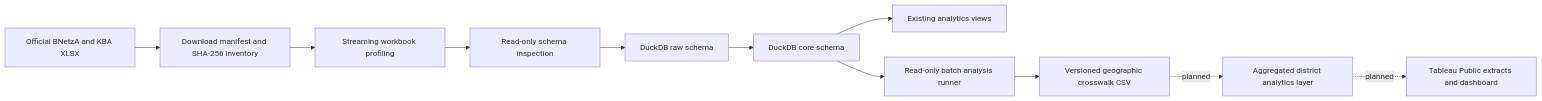
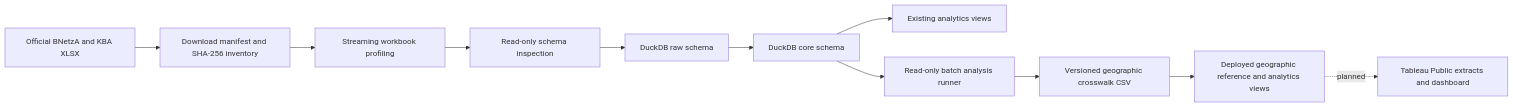
The diagram in README.md (sonazariso/germany-ev-charging-analytics), drawn with Mermaid before and after one commit. The commit also changed other lines of this file and 16 other files, not shown here.

Commit message:
feat: deploy validated geographic analytics layer (Batch 06)

```diff
--- a/README.md
+++ b/README.md
@@ -55,13 +55,13 @@
 ~~~mermaid
 flowchart LR
     A[Official BNetzA and KBA XLSX] --> B[Download manifest and SHA-256 inventory]
     B --> C[Streaming workbook profiling]
     C --> D[Read-only schema inspection]
     D --> E[DuckDB raw schema]
     E --> F[DuckDB core schema]
     F --> G[Existing analytics views]
     F --> H[Read-only batch analysis runner]
     H --> I[Versioned geographic crosswalk CSV]
-    I -. planned .-> J[Aggregated district analytics layer]
+    I --> J[Deployed geographic reference and analytics views]
     J -. planned .-> K[Tableau Public extracts and dashboard]
 ~~~
```
